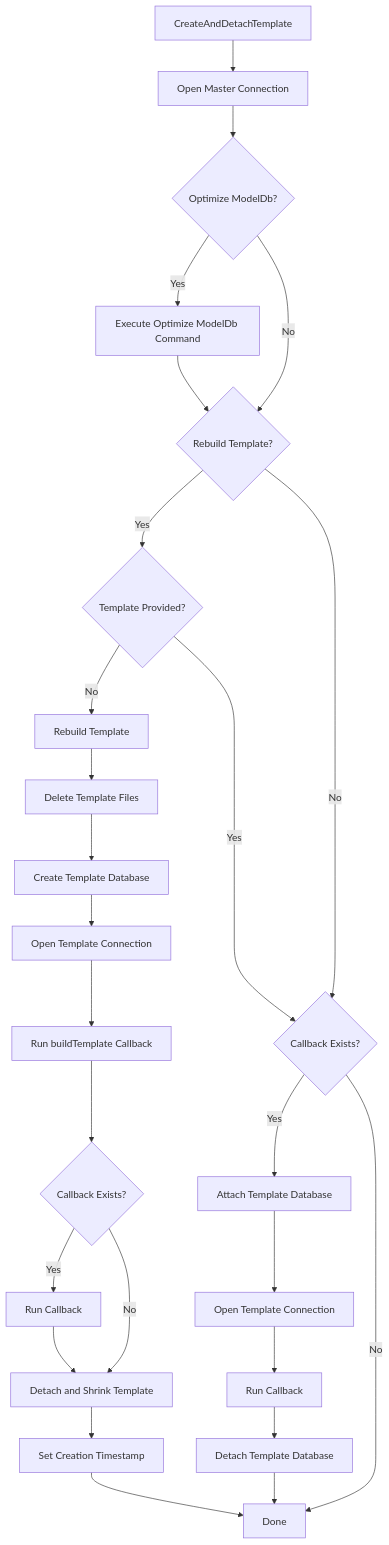
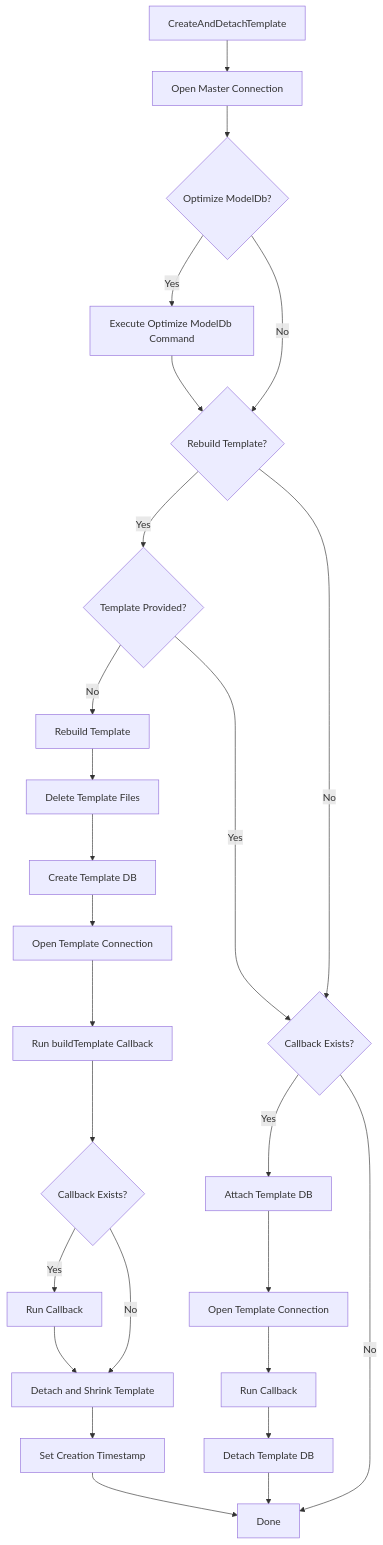
One commit to SimonCropp/LocalDb changed the second of 4 diagrams in docs/mdsource/workflow.md. Above: the diagram before and after it, drawn with Mermaid. The commit also changed other lines of this file, not shown here.

````diff
--- a/docs/mdsource/workflow.md
+++ b/docs/mdsource/workflow.md
@@ -36,34 +36,34 @@
 ```mermaid
 flowchart TD
     entry[CreateAndDetachTemplate] --> openMaster[Open Master Connection]
     openMaster --> checkOptimize{Optimize ModelDb?}
 
     checkOptimize -->|Yes| executeOptimize[Execute Optimize ModelDb Command]
     executeOptimize --> checkRebuild{Rebuild Template?}
     checkOptimize -->|No| checkRebuild
 
     checkRebuild -->|Yes| checkProvided{Template Provided?}
     checkProvided -->|No| rebuildTemplate[Rebuild Template]
     checkProvided -->|Yes| checkCallback{Callback Exists?}
 
     checkRebuild -->|No| checkCallback
 
     rebuildTemplate --> deleteFiles[Delete Template Files]
-    deleteFiles --> createTemplateDb[Create Template Database]
+    deleteFiles --> createTemplateDb[Create Template DB]
     createTemplateDb --> openTemplateConn[Open Template Connection]
     openTemplateConn --> runBuildTemplate[Run buildTemplate Callback]
     runBuildTemplate --> checkCallbackAfterBuild{Callback Exists?}
     checkCallbackAfterBuild -->|Yes| runCallbackAfterBuild[Run Callback]
     checkCallbackAfterBuild -->|No| detachShrink[Detach and Shrink Template]
     runCallbackAfterBuild --> detachShrink
     detachShrink --> setTimestamp[Set Creation Timestamp]
 
-    checkCallback -->|Yes| attachTemplate[Attach Template Database]
+    checkCallback -->|Yes| attachTemplate[Attach Template DB]
     attachTemplate --> openForCallback[Open Template Connection]
     openForCallback --> runCallback[Run Callback]
-    runCallback --> detachTemplate[Detach Template Database]
+    runCallback --> detachTemplate[Detach Template DB]
 
     checkCallback -->|No| done[Done]
     detachTemplate --> done
     setTimestamp --> done
 ```
````
